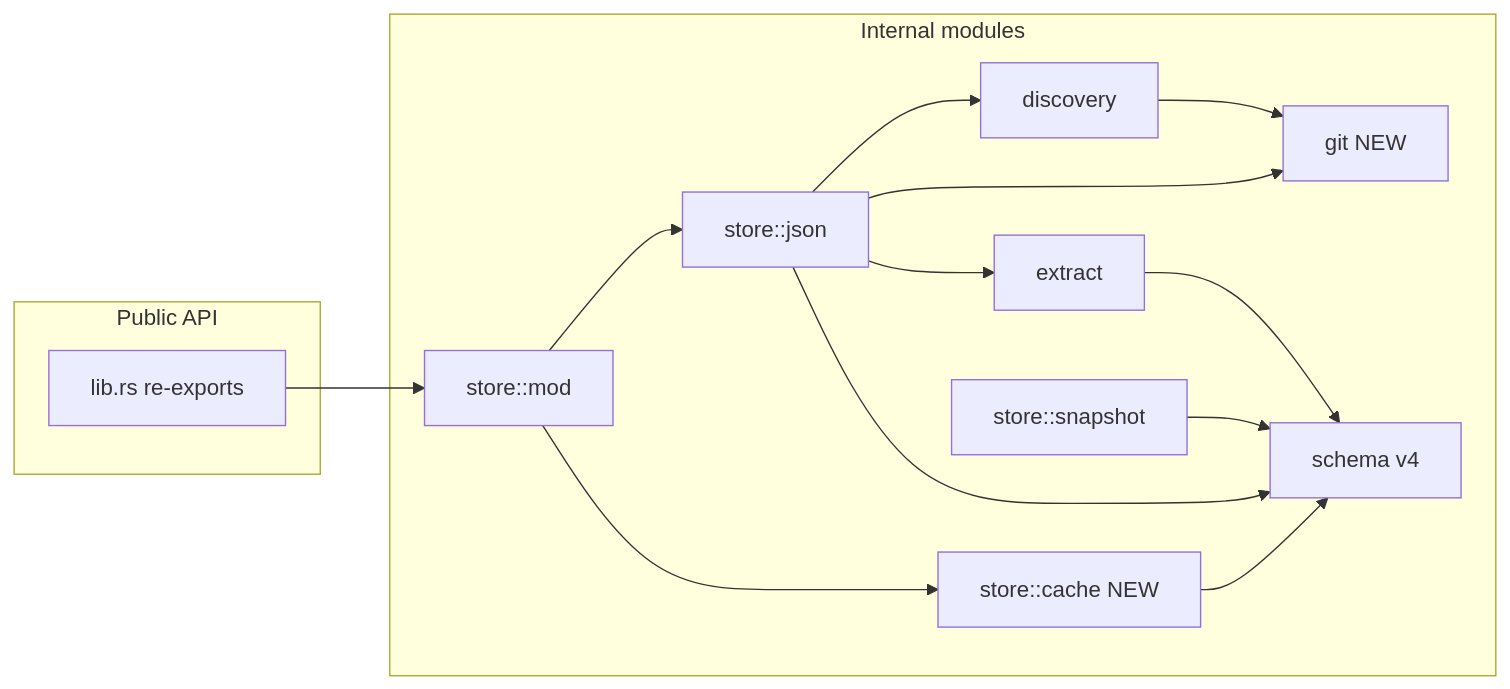
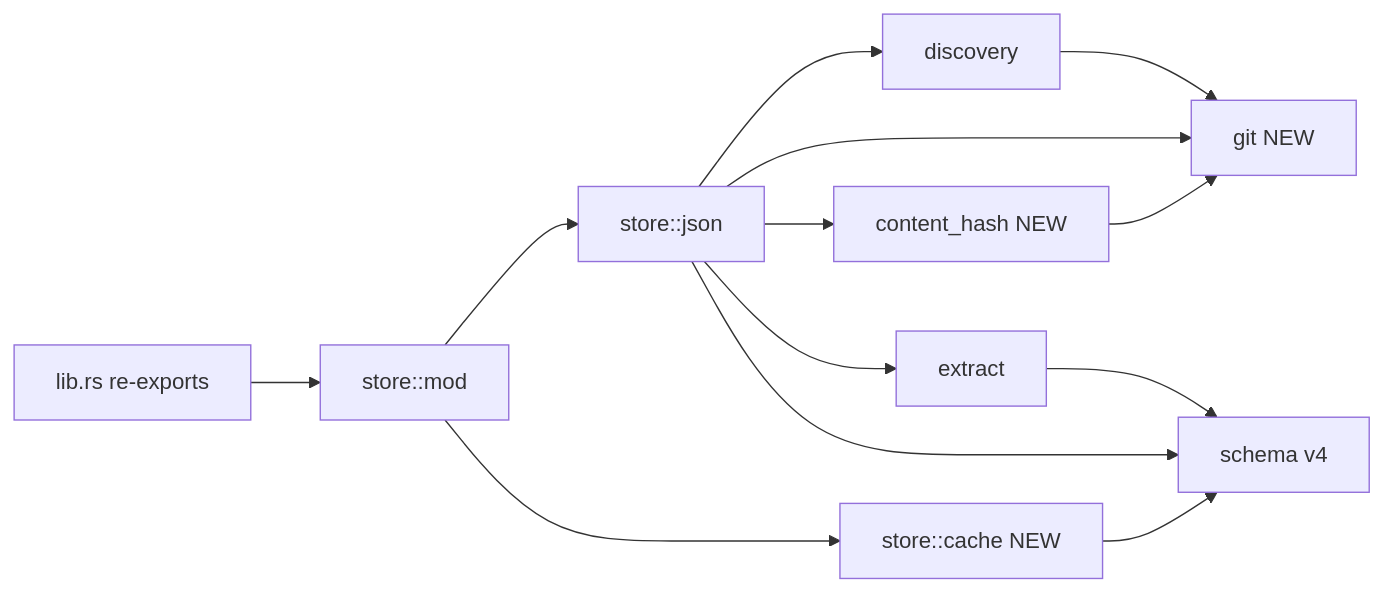
The seventh of 7 diagrams in docs/architecture/spur-graph-git-invalidation.md (getspur/spur), drawn with Mermaid before and after one commit. The commit also changed other lines of this file, not shown here.

````diff
--- a/docs/architecture/spur-graph-git-invalidation.md
+++ b/docs/architecture/spur-graph-git-invalidation.md
@@ -251,29 +249,15 @@
 ```mermaid
 flowchart LR
-    subgraph public[Public API]
-        LIB[lib.rs re-exports]
-    end
-
-    subgraph internal[Internal modules]
-        DISC[discovery]
-        GITM[git NEW]
-        EXTR[extract]
-        SCH[schema v4]
-        STJ[store::json]
-        STC[store::cache NEW]
-        STM[store::mod]
-        SNP[store::snapshot]
-    end
-
-    LIB --> STM
-    STM --> STJ
-    STM --> STC
-    STJ --> DISC
-    STJ --> GITM
-    STJ --> EXTR
-    STJ --> SCH
+    LIB[lib.rs re-exports] --> STM[store::mod]
+    STM --> STJ[store::json]
+    STM --> STC[store::cache NEW]
+    STJ --> DISC[discovery]
+    STJ --> GITM[git NEW]
+    STJ --> HASH[content_hash NEW]
+    STJ --> EXTR[extract]
+    STJ --> SCH[schema v4]
     STC --> SCH
+    HASH --> GITM
     DISC --> GITM
     EXTR --> SCH
-    SNP --> SCH
 ```
````
